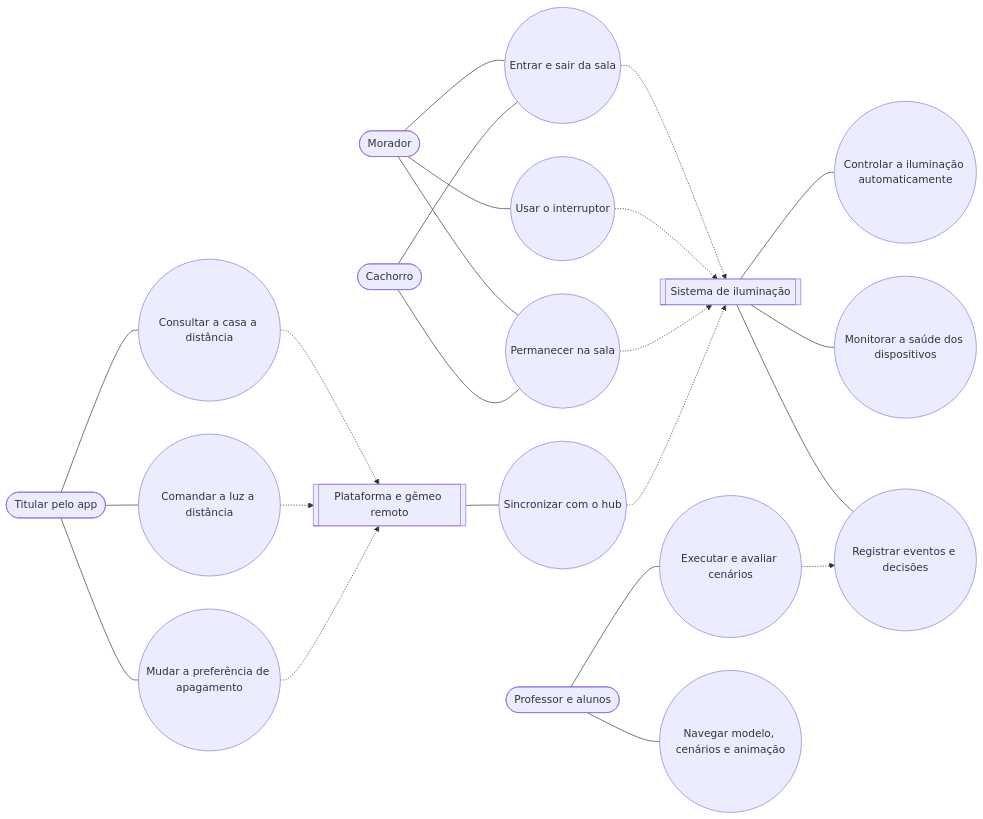
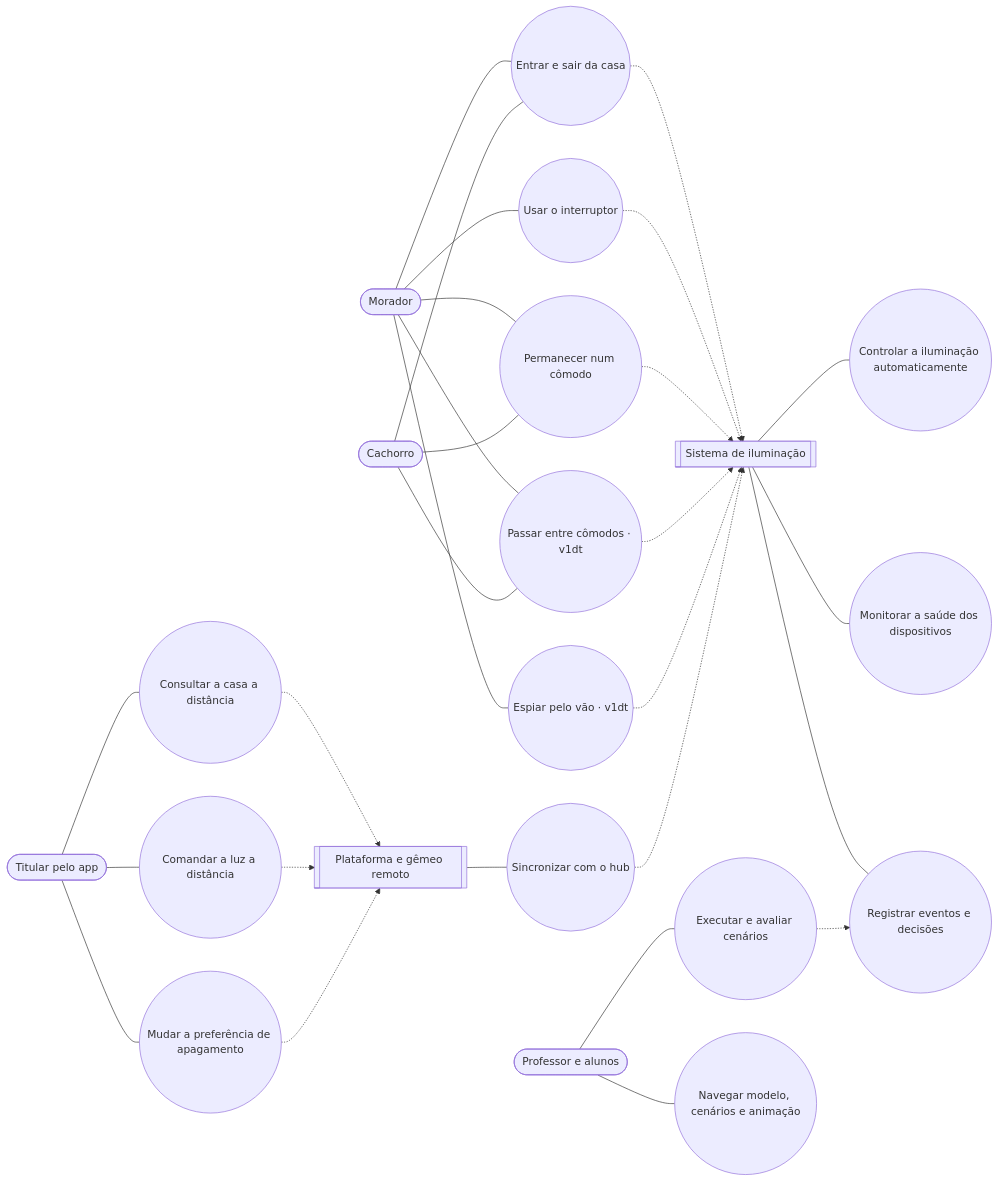
One commit to ReginaldoArakaki/PCS5039_ambiente_reg10k_vCl0 changed the diagram in docs/uml/casos-de-uso.mmd. Above: the diagram before and after it, drawn with Mermaid. The commit also changed 15 other files, not shown here.

```diff
--- a/docs/uml/casos-de-uso.mmd
+++ b/docs/uml/casos-de-uso.mmd
@@ -1,23 +1,28 @@
 flowchart LR
-    MOR([Morador]) --- UC1((Entrar e sair da sala))
+    MOR([Morador]) --- UC1((Entrar e sair da casa))
     CAO([Cachorro]) --- UC1
     MOR --- UC2((Usar o interruptor))
-    MOR --- UC3((Permanecer na sala))
+    MOR --- UC3((Permanecer num cômodo))
     CAO --- UC3
+    MOR --- UC13((Passar entre cômodos · v1dt))
+    CAO --- UC13
+    MOR --- UC14((Espiar pelo vão · v1dt))
     UC1 -.-> SIS[[Sistema de iluminação]]
     UC2 -.-> SIS
     UC3 -.-> SIS
+    UC13 -.-> SIS
+    UC14 -.-> SIS
     SIS --- UC4((Controlar a iluminação automaticamente))
     SIS --- UC5((Monitorar a saúde dos dispositivos))
     SIS --- UC6((Registrar eventos e decisões))
     TIT([Titular pelo app]) --- UC9((Consultar a casa a distância))
     TIT --- UC10((Comandar a luz a distância))
     TIT --- UC11((Mudar a preferência de apagamento))
     UC9 -.-> PLT[[Plataforma e gêmeo remoto]]
     UC10 -.-> PLT
     UC11 -.-> PLT
     PLT --- UC12((Sincronizar com o hub))
     UC12 -.-> SIS
     PROF([Professor e alunos]) --- UC7((Executar e avaliar cenários))
     PROF --- UC8((Navegar modelo, cenários e animação))
     UC7 -.-> UC6
```
